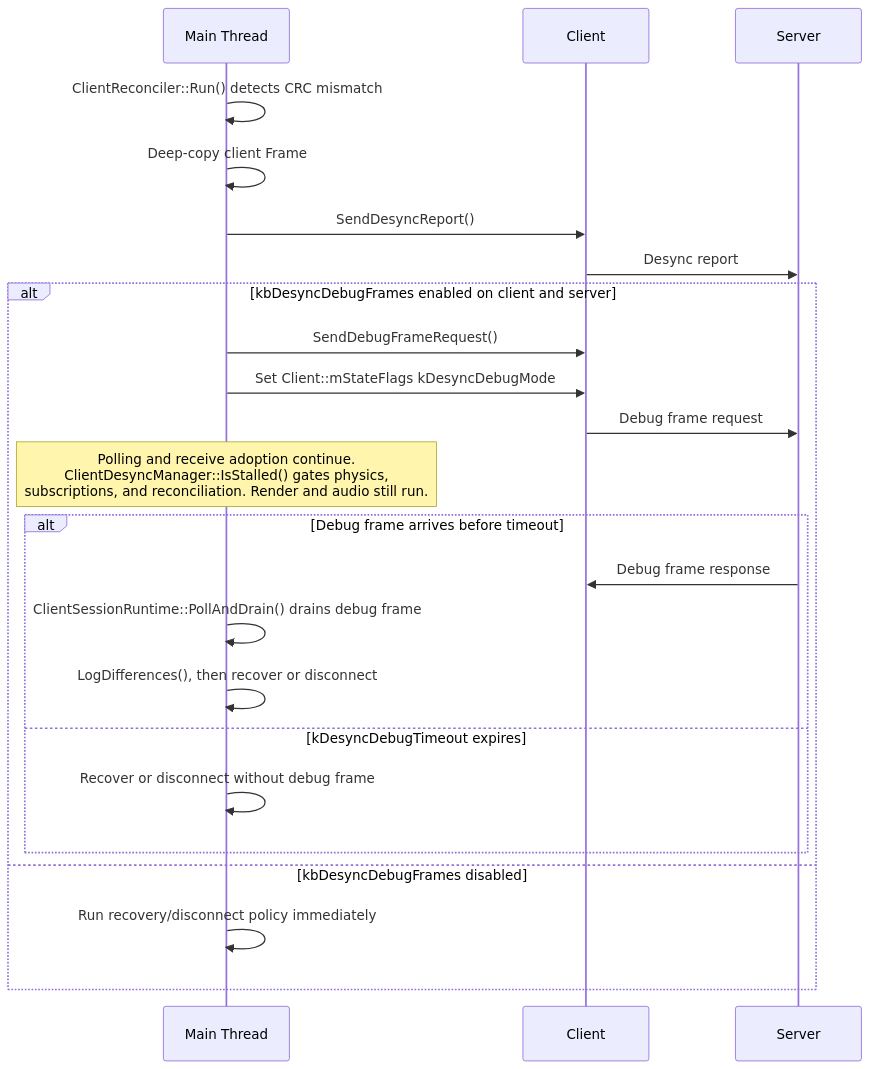
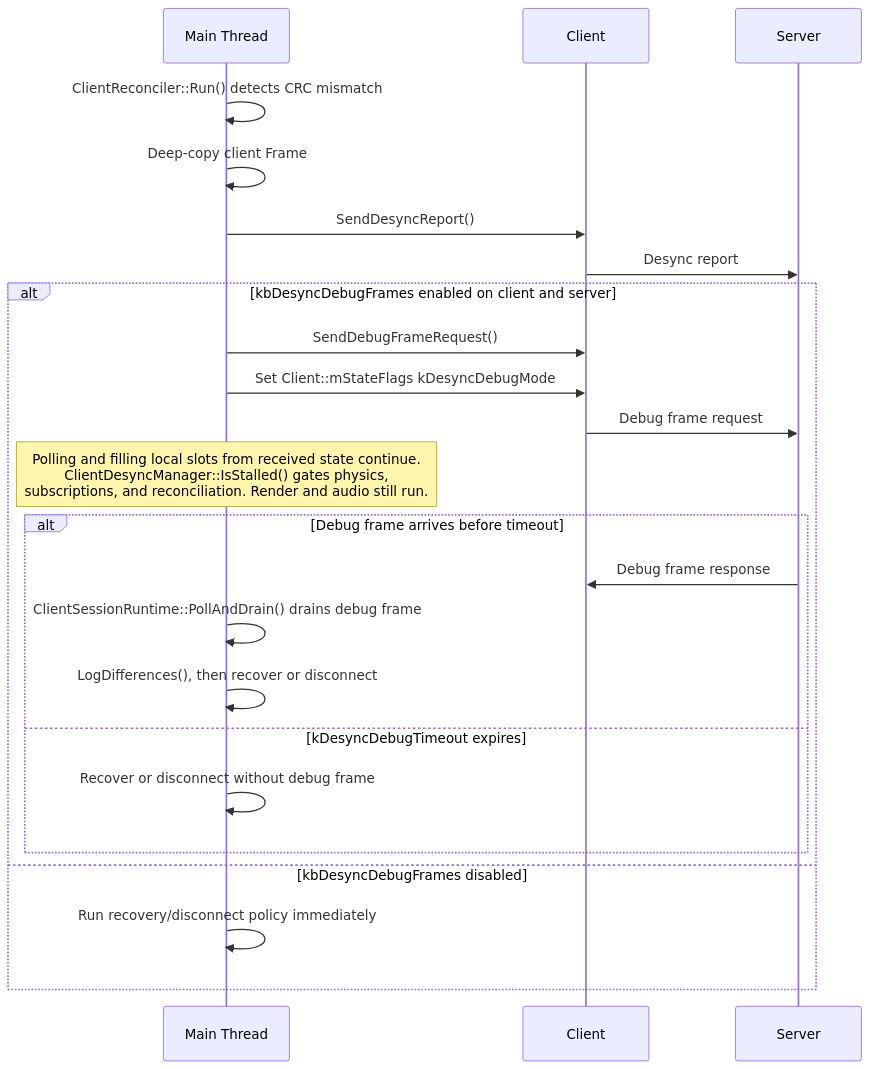
One commit to DougTanner/BrokenEnginePublic changed the fourth of 5 diagrams in Documents/Architecture/GameReconciliation.md. Above: the diagram before and after it, drawn with Mermaid. The commit also changed 185 other files, not shown here.

````diff
--- a/Documents/Architecture/GameReconciliation.md
+++ b/Documents/Architecture/GameReconciliation.md
@@ -133,28 +133,28 @@
 ```mermaid
 %%{init: {'theme': 'default'}}%%
 sequenceDiagram
     participant Main as Main Thread
     participant Net as Client
     participant Server
 
     Main->>Main: ClientReconciler::Run() detects CRC mismatch
     Main->>Main: Deep-copy client Frame
     Main->>Net: SendDesyncReport()
     Net->>Server: Desync report
 
     alt kbDesyncDebugFrames enabled on client and server
         Main->>Net: SendDebugFrameRequest()
         Main->>Net: Set Client::mStateFlags kDesyncDebugMode
         Net->>Server: Debug frame request
-        Note over Main: Polling and receive adoption continue.<br/>ClientDesyncManager::IsStalled() gates physics,<br/>subscriptions, and reconciliation. Render and audio still run.
+        Note over Main: Polling and filling local slots from received state continue.<br/>ClientDesyncManager::IsStalled() gates physics,<br/>subscriptions, and reconciliation. Render and audio still run.
         alt Debug frame arrives before timeout
             Server->>Net: Debug frame response
             Main->>Main: ClientSessionRuntime::PollAndDrain() drains debug frame
             Main->>Main: LogDifferences(), then recover or disconnect
         else kDesyncDebugTimeout expires
             Main->>Main: Recover or disconnect without debug frame
         end
     else kbDesyncDebugFrames disabled
         Main->>Main: Run recovery/disconnect policy immediately
     end
 ```
````
